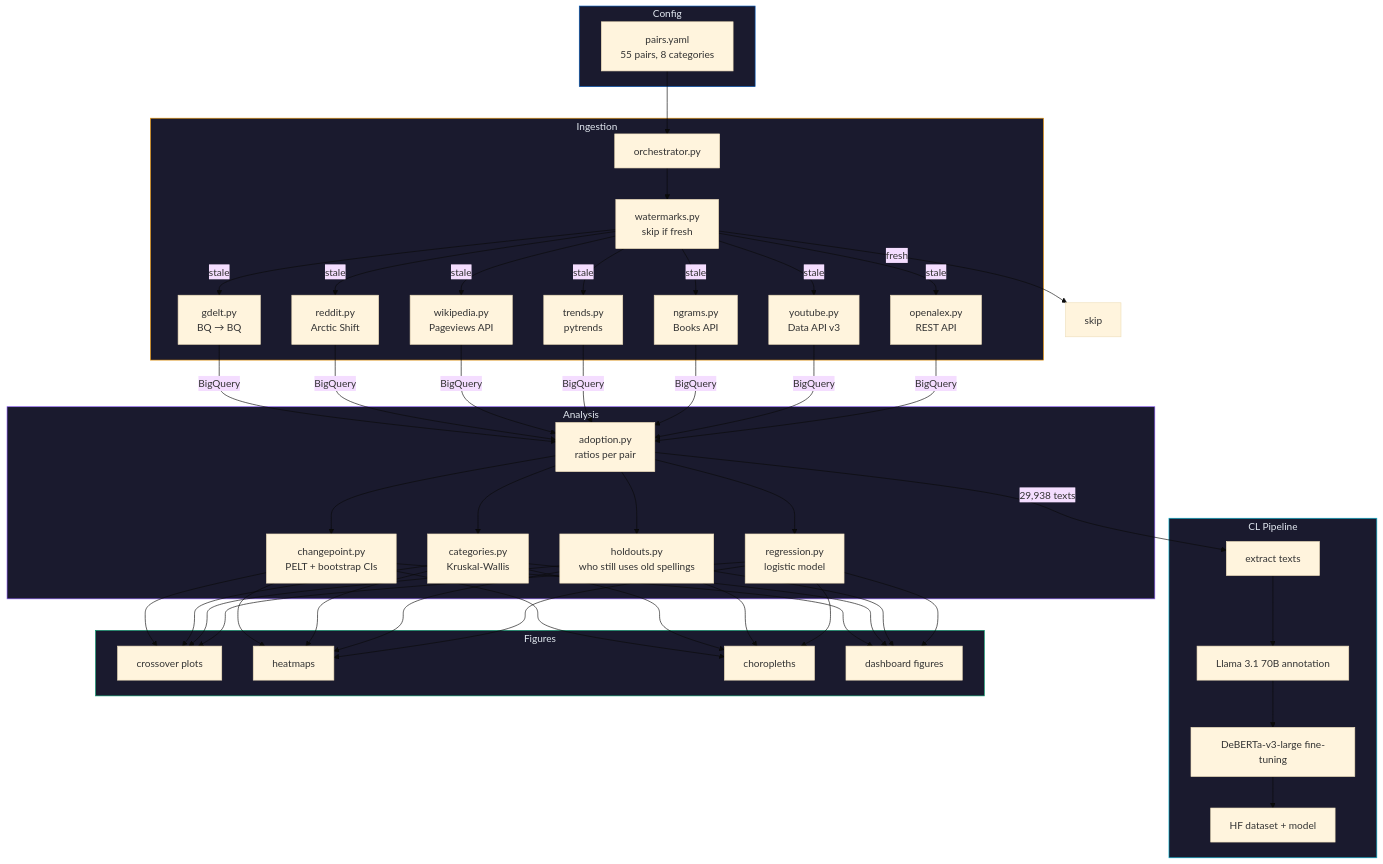
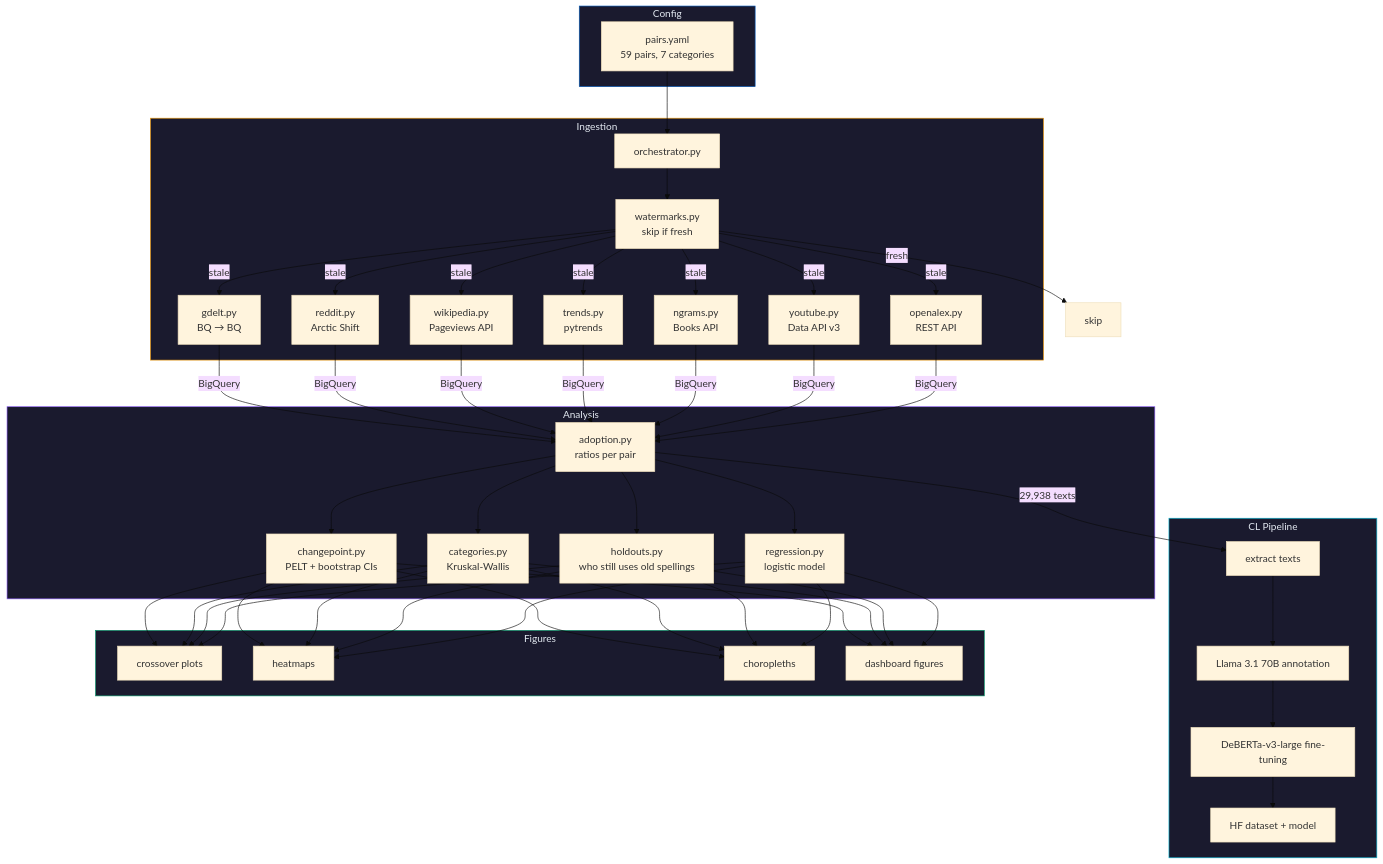
One commit to IvanDobrovolsky/kyivnotkiev changed the diagram in pipeline/README.md. Above: the diagram before and after it, drawn with Mermaid (base theme). The commit also changed 6 other files, not shown here.

````diff
--- a/pipeline/README.md
+++ b/pipeline/README.md
@@ -7,54 +7,54 @@
 ```mermaid
 flowchart TD
     subgraph Config
         style Config fill:#1a1a2e,stroke:#0057B8,color:#e2e8f0
-        pairs["pairs.yaml<br/>55 pairs, 8 categories"]
+        pairs["pairs.yaml<br/>59 pairs, 7 categories"]
     end
 
     subgraph Ingestion
         style Ingestion fill:#1a1a2e,stroke:#f59e0b,color:#e2e8f0
         orch["orchestrator.py"]
         wm["watermarks.py<br/>skip if fresh"]
         gdelt["gdelt.py<br/>BQ → BQ"]
         reddit["reddit.py<br/>Arctic Shift"]
         wiki["wikipedia.py<br/>Pageviews API"]
         trends["trends.py<br/>pytrends"]
         ngrams["ngrams.py<br/>Books API"]
         yt["youtube.py<br/>Data API v3"]
         oa["openalex.py<br/>REST API"]
     end
 
     subgraph Analysis
         style Analysis fill:#1a1a2e,stroke:#8b5cf6,color:#e2e8f0
         adopt["adoption.py<br/>ratios per pair"]
         cp["changepoint.py<br/>PELT + bootstrap CIs"]
         cat["categories.py<br/>Kruskal-Wallis"]
         hold["holdouts.py<br/>who still uses old spellings"]
         reg["regression.py<br/>logistic model"]
     end
 
     subgraph CL["CL Pipeline"]
         style CL fill:#1a1a2e,stroke:#06b6d4,color:#e2e8f0
         extract["extract texts"]
         annotate["Llama 3.1 70B annotation"]
         finetune["DeBERTa-v3-large fine-tuning"]
         export["HF dataset + model"]
     end
 
     subgraph Figures
         style Figures fill:#1a1a2e,stroke:#059669,color:#e2e8f0
         cross["crossover plots"]
         heat["heatmaps"]
         choro["choropleths"]
         modern["dashboard figures"]
     end
 
     pairs --> orch
     orch --> wm
     wm -->|stale| gdelt & reddit & wiki & trends & ngrams & yt & oa
     wm -->|fresh| skip["skip"]
     gdelt & reddit & wiki & trends & ngrams & yt & oa -->|BigQuery| adopt
     adopt --> cp & cat & hold & reg
     adopt -->|29,938 texts| extract --> annotate --> finetune --> export
     cp & cat & hold & reg --> cross & heat & choro & modern
 ```
````
